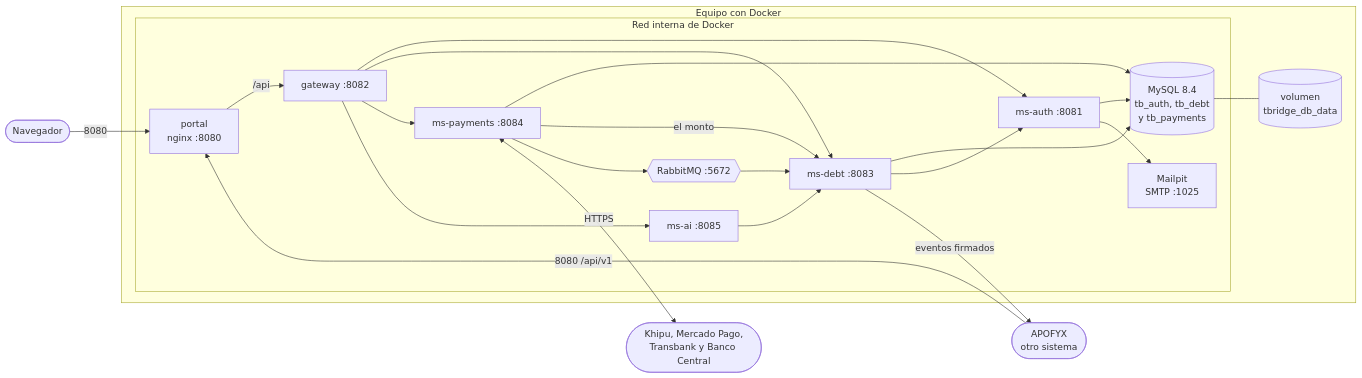
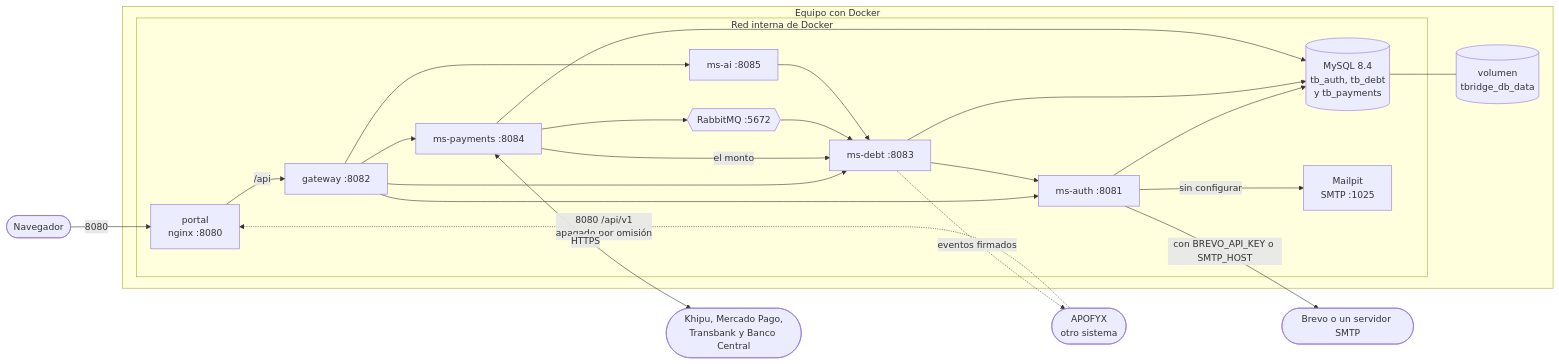
Before and after one commit to TechnicalBridge/DataBridge: diagram 17 of 17 in README.md, drawn with Mermaid. The commit also changed other lines of this file, not shown here.

First line of the commit message:
docs(readme): Poner el README al día con el código y la API apagada

````diff
--- a/README.md
+++ b/README.md
@@ -1559,40 +1960,42 @@
 ```mermaid
 flowchart LR
     NAV(["Navegador"])
     APX(["APOFYX<br/>otro sistema"])
     subgraph HOST["Equipo con Docker"]
         subgraph RED["Red interna de Docker"]
             PORTAL["portal<br/>nginx :8080"]
             GW["gateway :8082"]
             AUTH["ms-auth :8081"]
             DEBT["ms-debt :8083"]
             PAY["ms-payments :8084"]
             AI["ms-ai :8085"]
             MYSQL[("MySQL 8.4<br/>tb_auth, tb_debt<br/>y tb_payments")]
             MQ{{"RabbitMQ :5672"}}
             MAIL["Mailpit<br/>SMTP :1025"]
         end
         VOL[("volumen<br/>tbridge_db_data")]
     end
     EXT(["Khipu, Mercado Pago,<br/>Transbank y Banco Central"])
+    CORREO(["Brevo o un servidor SMTP"])
 
     NAV -->|"8080"| PORTAL
-    APX -->|"8080 /api/v1"| PORTAL
+    APX -.->|"8080 /api/v1<br/>apagado por omisión"| PORTAL
     PORTAL -->|"/api"| GW
     GW --> AUTH
     GW --> DEBT
     GW --> PAY
     GW --> AI
     AUTH --> MYSQL
     DEBT --> MYSQL
     PAY --> MYSQL
     MYSQL --- VOL
     PAY -->|"el monto"| DEBT
     PAY --> MQ
     MQ --> DEBT
     DEBT --> AUTH
-    AUTH --> MAIL
+    AUTH -->|"sin configurar"| MAIL
+    AUTH -->|"con BREVO_API_KEY o SMTP_HOST"| CORREO
     AI --> DEBT
     PAY <-->|"HTTPS"| EXT
-    DEBT -->|"eventos firmados"| APX
+    DEBT -.->|"eventos firmados"| APX
 ```
````
